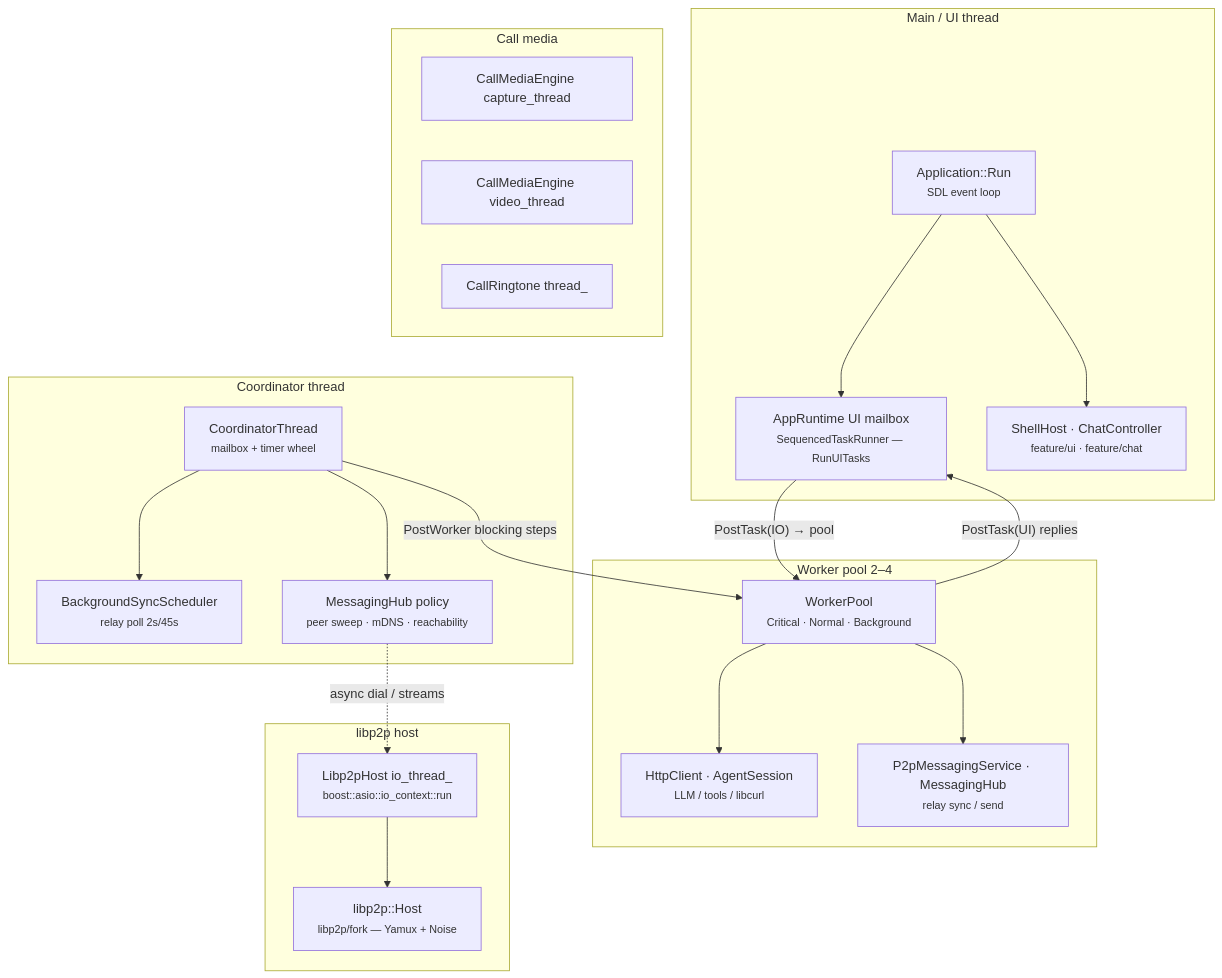
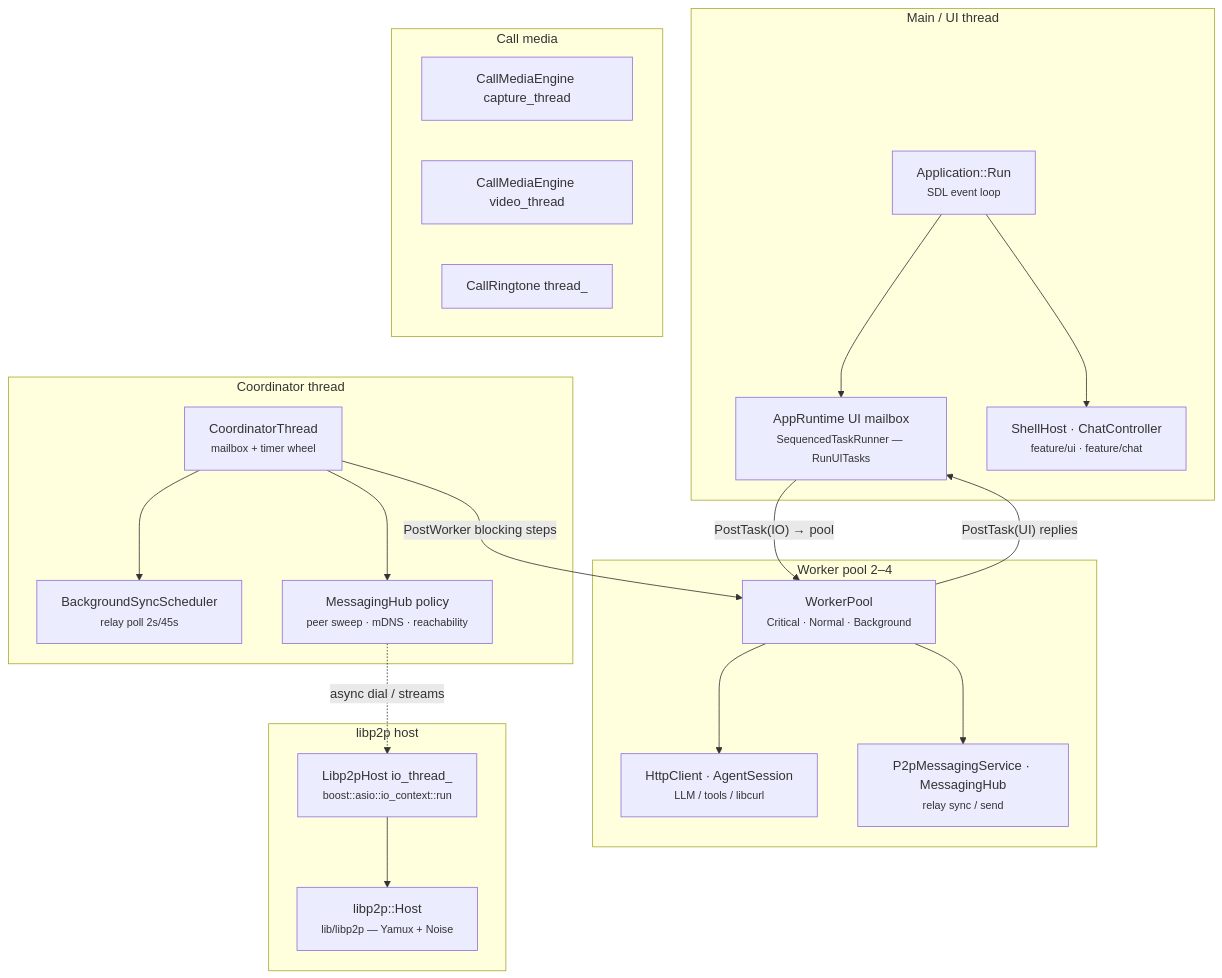
The fourth of 4 diagrams in docs/architecture/RUNTIME_COMPOSITION.md (people-post/pp-browser), drawn with Mermaid before and after one commit. The commit also changed other lines of this file and 2003 other files, not shown here.

First line of the commit message:
docs: update architecture and source layout documentation for refactored structure

````diff
--- a/docs/architecture/RUNTIME_COMPOSITION.md
+++ b/docs/architecture/RUNTIME_COMPOSITION.md
@@ -234,43 +234,43 @@
 ```mermaid
 flowchart TB
   subgraph main["Main / UI thread"]
     SDL["Application::Run<br/><small>SDL event loop</small>"]
     UIQ["AppRuntime UI mailbox<br/><small>SequencedTaskRunner — RunUITasks</small>"]
     ShellTick["ShellHost · ChatController<br/><small>feature/ui · feature/chat</small>"]
     SDL --> UIQ
     SDL --> ShellTick
   end
 
   subgraph coord["Coordinator thread"]
     Coord["CoordinatorThread<br/><small>mailbox + timer wheel</small>"]
     RelayPoll["BackgroundSyncScheduler<br/><small>relay poll 2s/45s</small>"]
     HubPolicy["MessagingHub policy<br/><small>peer sweep · mDNS · reachability</small>"]
     Coord --> RelayPoll
     Coord --> HubPolicy
   end
 
   subgraph pool["Worker pool 2–4"]
     Pool["WorkerPool<br/><small>Critical · Normal · Background</small>"]
     Http["HttpClient · AgentSession<br/><small>LLM / tools / libcurl</small>"]
     P2pWork["P2pMessagingService · MessagingHub<br/><small>relay sync / send</small>"]
     Pool --> Http
     Pool --> P2pWork
   end
 
   subgraph libp2p_stack["libp2p host"]
     LpIo["Libp2pHost io_thread_<br/><small>boost::asio::io_context::run</small>"]
-    Host["libp2p::Host<br/><small>libp2p/fork — Yamux + Noise</small>"]
+    Host["libp2p::Host<br/><small>lib/libp2p — Yamux + Noise</small>"]
     LpIo --> Host
   end
 
   subgraph media_stack["Call media"]
     Cap["CallMediaEngine capture_thread"]
     Vid["CallMediaEngine video_thread"]
     Ring["CallRingtone thread_"]
   end
 
   UIQ -->|"PostTask(IO) → pool"| Pool
   Pool -->|"PostTask(UI) replies"| UIQ
   Coord -->|"PostWorker blocking steps"| Pool
   HubPolicy -.->|"async dial / streams"| LpIo
 ```
````
